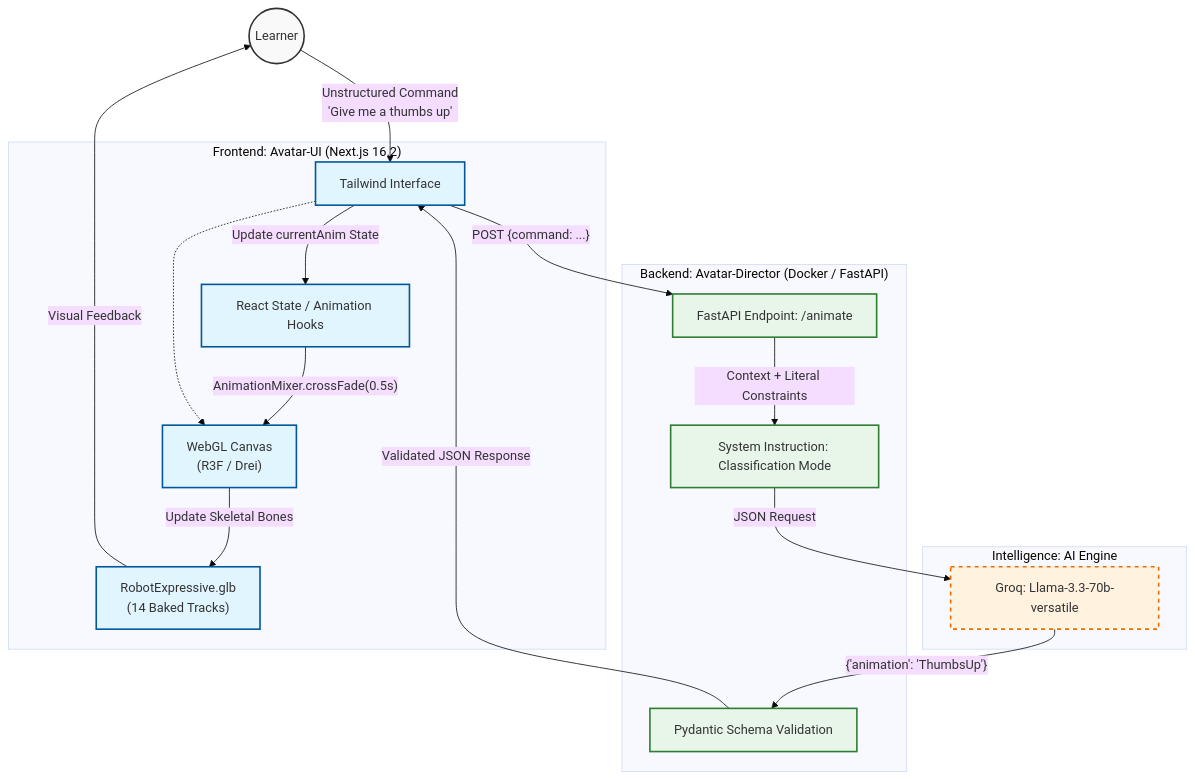
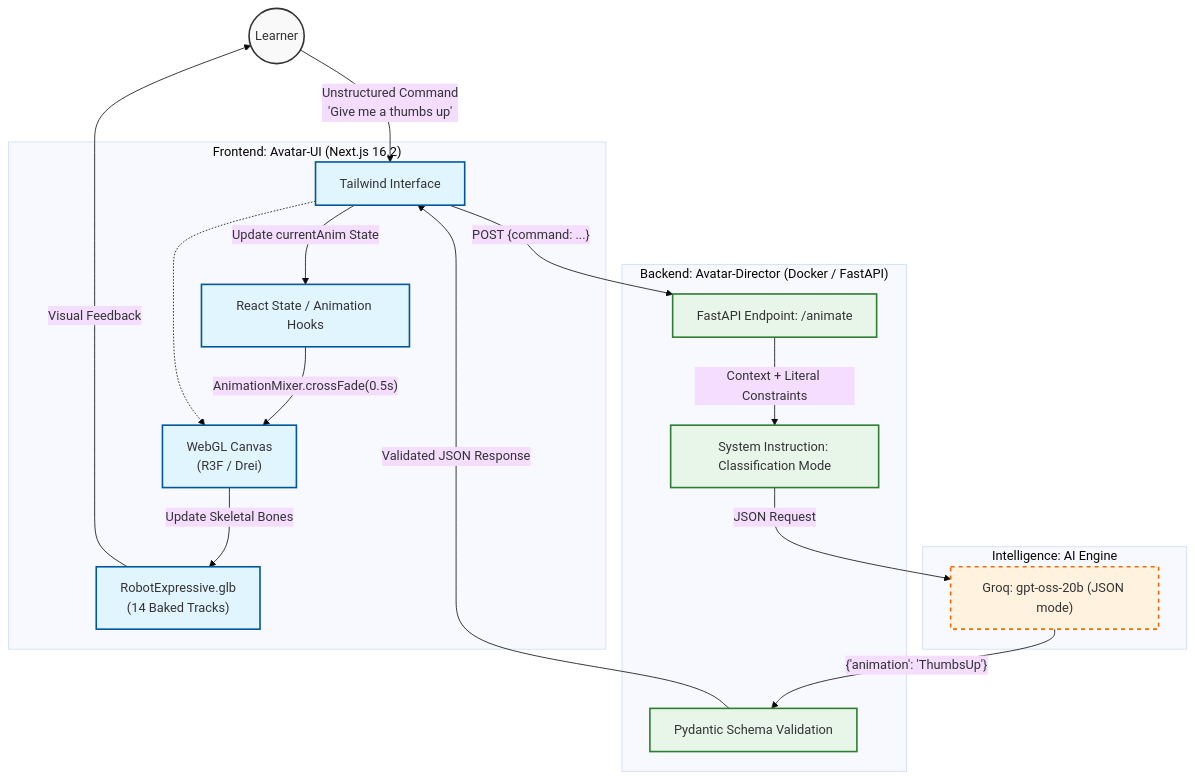
The diagram in backend/Architecture.md (Murci20965/avatar-pipeline), drawn with Mermaid (base theme) before and after one commit. The commit also changed 4 other files, not shown here.

First line of the commit message:
fix(models): route through gpt-oss-20b, Groq retired the Llama model

````diff
--- a/backend/Architecture.md
+++ b/backend/Architecture.md
@@ -9,45 +9,45 @@
 ```mermaid
 graph TD
     %% Global Styles
     classDef user fill:#f9f9f9,stroke:#333,stroke-width:2px;
     classDef frontend fill:#e1f5fe,stroke:#01579b,stroke-width:2px;
     classDef backend fill:#e8f5e9,stroke:#2e7d32,stroke-width:2px;
     classDef external fill:#fff3e0,stroke:#ef6c00,stroke-width:2px,stroke-dasharray: 5 5;
 
     %% Nodes
     Learner((Learner)):::user
     
     subgraph "Frontend: Avatar-UI (Next.js 16.2)"
         UI["Tailwind Interface"]:::frontend
         Store["React State / Animation Hooks"]:::frontend
         Canvas["WebGL Canvas<br/>(R3F / Drei)"]:::frontend
         Model["RobotExpressive.glb<br/>(14 Baked Tracks)"]:::frontend
     end
 
     subgraph "Backend: Avatar-Director (Docker / FastAPI)"
         API["FastAPI Endpoint: /animate"]:::backend
         Validator["Pydantic Schema Validation"]:::backend
         Prompt["System Instruction: Classification Mode"]:::backend
     end
 
     subgraph "Intelligence: AI Engine"
-        Groq["Groq: Llama-3.3-70b-versatile"]:::external
+        Groq["Groq: gpt-oss-20b (JSON mode)"]:::external
     end
 
     %% Flow Connections
     Learner -->|"Unstructured Command<br/>'Give me a thumbs up'"| UI
     UI -->|"POST {command: ...}"| API
     
     API -->|"Context + Literal Constraints"| Prompt
     Prompt -->|"JSON Request"| Groq
     
     Groq -->|"{'animation': 'ThumbsUp'}"| Validator
     Validator -->|"Validated JSON Response"| UI
     
     UI -->|"Update currentAnim State"| Store
     Store -->|"AnimationMixer.crossFade(0.5s)"| Canvas
     Canvas -->|"Update Skeletal Bones"| Model
     Model -->|"Visual Feedback"| Learner
 
     UI -.-> Canvas
 ```
````
